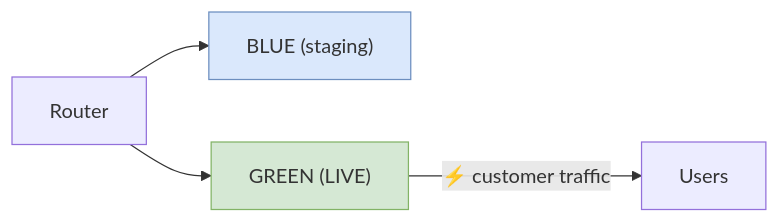
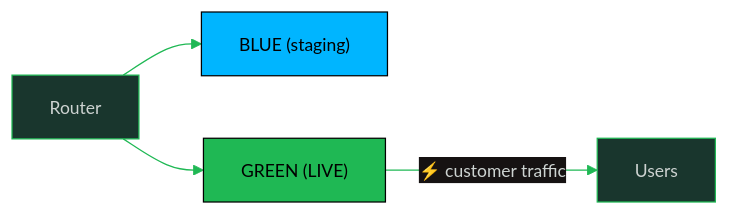
Before and after one commit to oat431/swe-knowledge: the first of 2 diagrams in software-engineering-note/06_Software_Engineering_Operations/03_Accelerating_Flow.md, drawn with Mermaid. The commit also changed other lines of this file and 31 other files, not shown here.

````diff
--- a/software-engineering-note/06_Software_Engineering_Operations/03_Accelerating_Flow.md
+++ b/software-engineering-note/06_Software_Engineering_Operations/03_Accelerating_Flow.md
@@ -161,9 +161,10 @@
 ```mermaid
+%%{init: {'theme':'base','themeVariables':{'primaryColor':'#19362D','primaryTextColor':'#CDD3D1','primaryBorderColor':'#1FB854','lineColor':'#1FB854','secondaryColor':'#161212','tertiaryColor':'#1B1717','background':'#1B1717','mainBkg':'#19362D','nodeBorder':'#1FB854','clusterBkg':'#161212','clusterBorder':'#19362D','titleColor':'#1FB854','edgeLabelBackground':'#161212','fontSize':'14px'}}}%%
 flowchart LR
     ROUTER["Router"] --> BLUE["BLUE (staging)"]
     ROUTER --> GREEN["GREEN (LIVE)"]
     GREEN -->|"⚡ customer traffic"| USERS["Users"]
     
-    style BLUE fill:#dae8fc,stroke:#6c8ebf
-    style GREEN fill:#d5e8d4,stroke:#82b366
+    style BLUE fill:#00B5FF,stroke:#000000,color:#000000
+    style GREEN fill:#1FB854,stroke:#000000,color:#000000
 ```
````
